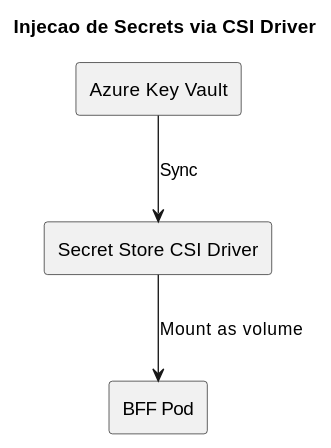
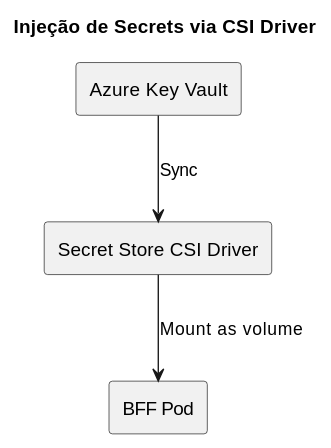
One commit to beduardo/novobanco_website_doc changed the third of 3 diagrams in current/sections/SEC-10-arquitetura-operacional.md. Above: the diagram before and after it, drawn with PlantUML. The commit also changed other lines of this file and 182 other files, not shown here.

````diff
--- a/current/sections/SEC-10-arquitetura-operacional.md
+++ b/current/sections/SEC-10-arquitetura-operacional.md
@@ -214,16 +214,16 @@
 ```plantuml
 @startuml
 skinparam componentStyle rectangle
 skinparam backgroundColor white
 
-title Injecao de Secrets via CSI Driver
+title Injeção de Secrets via CSI Driver
 
 [Azure Key Vault] as KV
 [Secret Store CSI Driver] as CSI
 [BFF Pod] as BFF
 
 KV --> CSI : Sync
 CSI --> BFF : Mount as volume
 
 @enduml
 ```
````
